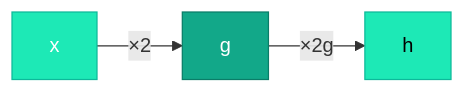
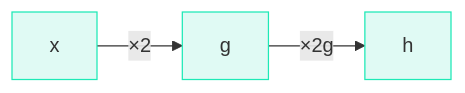
The second of 2 diagrams in docs/02-calculus-and-autograd/01-the-chain-rule.md (iamkhalid2/microgpt-course), drawn with Mermaid before and after one commit. The commit also changed other lines of this file and 21 other files, not shown here.

Commit message:
Fix Mermaid: remove hardcoded text color (theme-adaptive), add mobile scrolling, fix \\n to br

````diff
--- a/docs/02-calculus-and-autograd/01-the-chain-rule.md
+++ b/docs/02-calculus-and-autograd/01-the-chain-rule.md
@@ -68,8 +68,8 @@
 ```mermaid
 flowchart LR
     X["x"] -- "×2" --> G["g"] -- "×2g" --> H["h"]
 
-    style X fill:#1de9b6,stroke:#0db99a,color:#fff
-    style G fill:#12a889,stroke:#0a7d68,color:#fff
-    style H fill:#1de9b6,stroke:#0db99a,color:#000
+    style X fill:#e0faf4,stroke:#1de9b6
+    style G fill:#e0faf4,stroke:#1de9b6
+    style H fill:#e0faf4,stroke:#1de9b6
 ```
````
